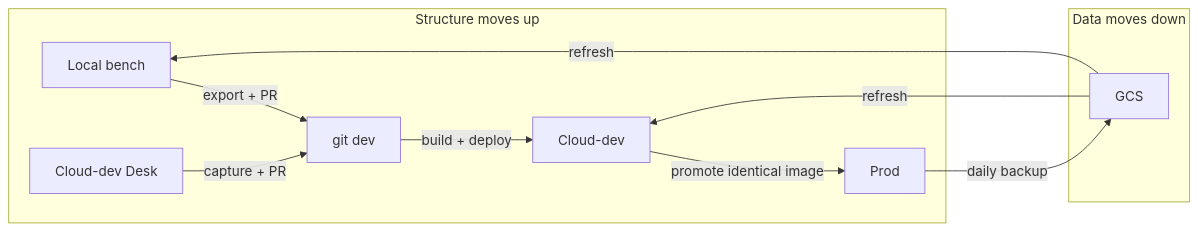
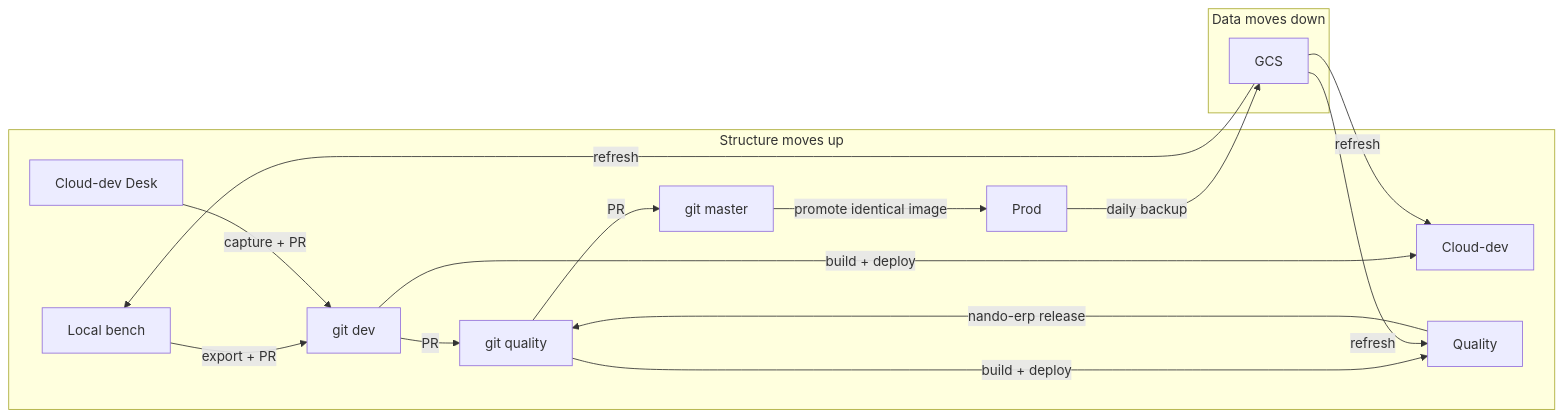
Before and after one commit to Waste-NANDO/nando_frappe_docker: the diagram in nando-deployment/PIPELINE.md, drawn with Mermaid. The commit also changed other lines of this file and 25 other files, not shown here.

First line of the commit message:
feat: Quality stack + nando-erp-modules monorepo pipeline

````diff
--- a/nando-deployment/PIPELINE.md
+++ b/nando-deployment/PIPELINE.md
@@ -17,14 +17,19 @@
 ```mermaid
 flowchart LR
   subgraph structure [Structure moves up]
     localBench["Local bench"] -->|"export + PR"| gitDev[git dev]
     cloudDevUI["Cloud-dev Desk"] -->|"capture + PR"| gitDev
     gitDev -->|"build + deploy"| cloudDev[Cloud-dev]
-    cloudDev -->|"promote identical image"| prod[Prod]
+    gitDev -->|"PR"| gitQuality[git quality]
+    gitQuality -->|"build + deploy"| quality[Quality]
+    quality -->|"nando-erp release"| gitQuality
+    gitQuality -->|"PR"| gitMaster[git master]
+    gitMaster -->|"promote identical image"| prod[Prod]
   end
   subgraph data [Data moves down]
     prod -->|daily backup| gcs[GCS]
+    gcs -->|refresh| quality
     gcs -->|refresh| cloudDev
     gcs -->|refresh| localBench
   end
 ```
````
